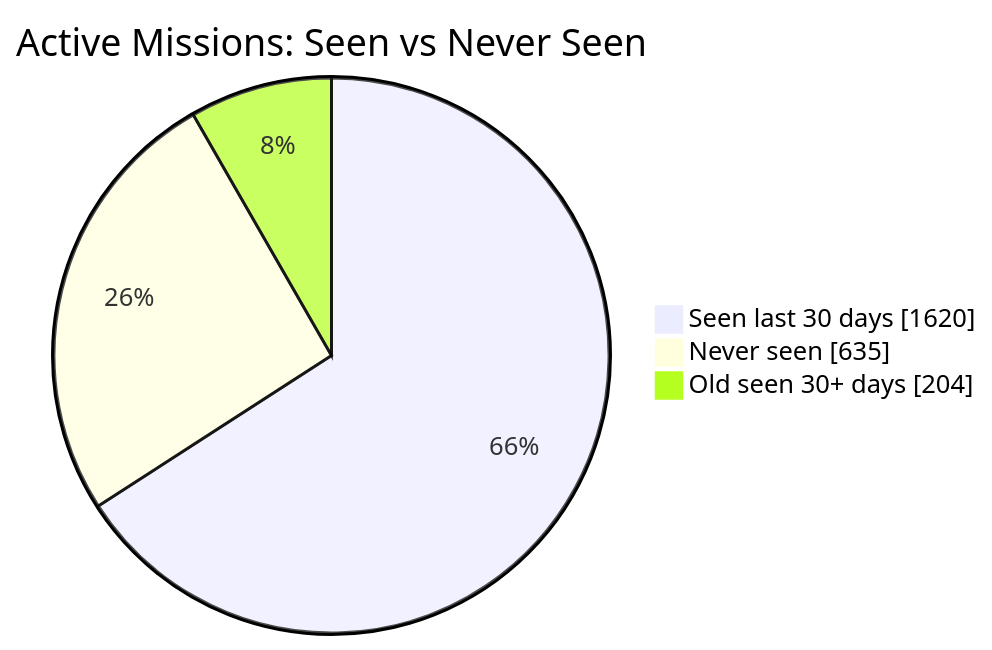
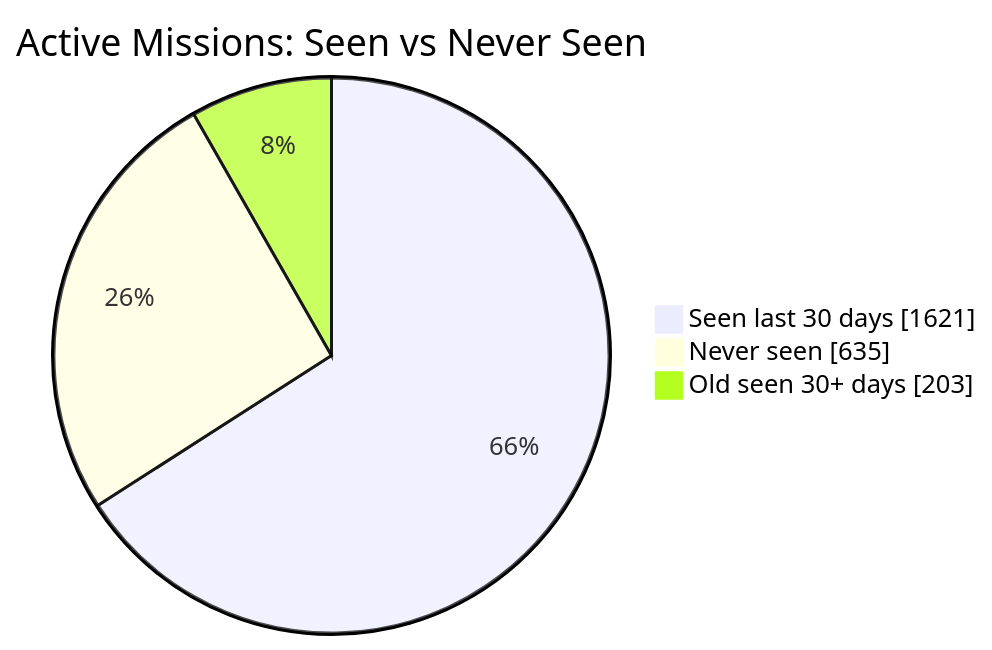
One commit to MeldkamerspelGameTeam/active-missions changed the first of 2 diagrams in README.md. Above: the diagram before and after it, drawn with Mermaid. The commit also changed other lines of this file and 2 other files, not shown here.

````diff
--- a/README.md
+++ b/README.md
@@ -34,7 +34,7 @@
 ```mermaid
 pie showData
     title Active Missions: Seen vs Never Seen
-    "Seen last 30 days" : 1620
+    "Seen last 30 days" : 1621
     "Never seen" : 635
-    "Old seen 30+ days" : 204
+    "Old seen 30+ days" : 203
 ```
````
